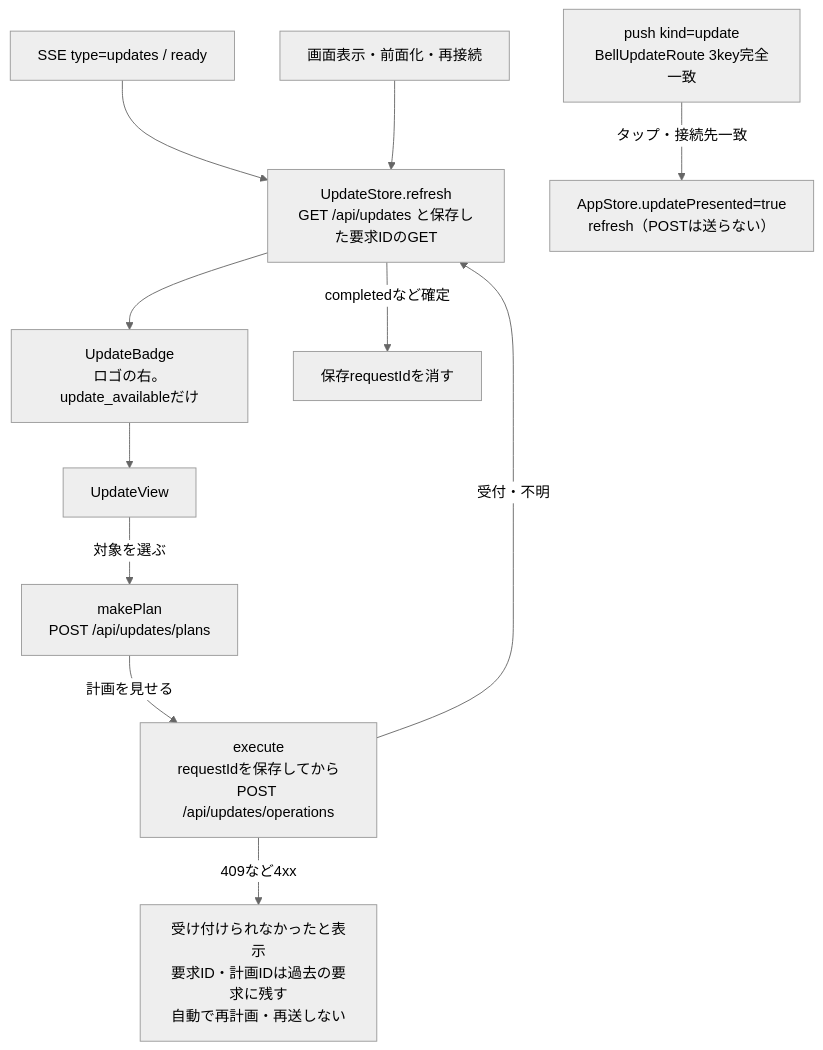
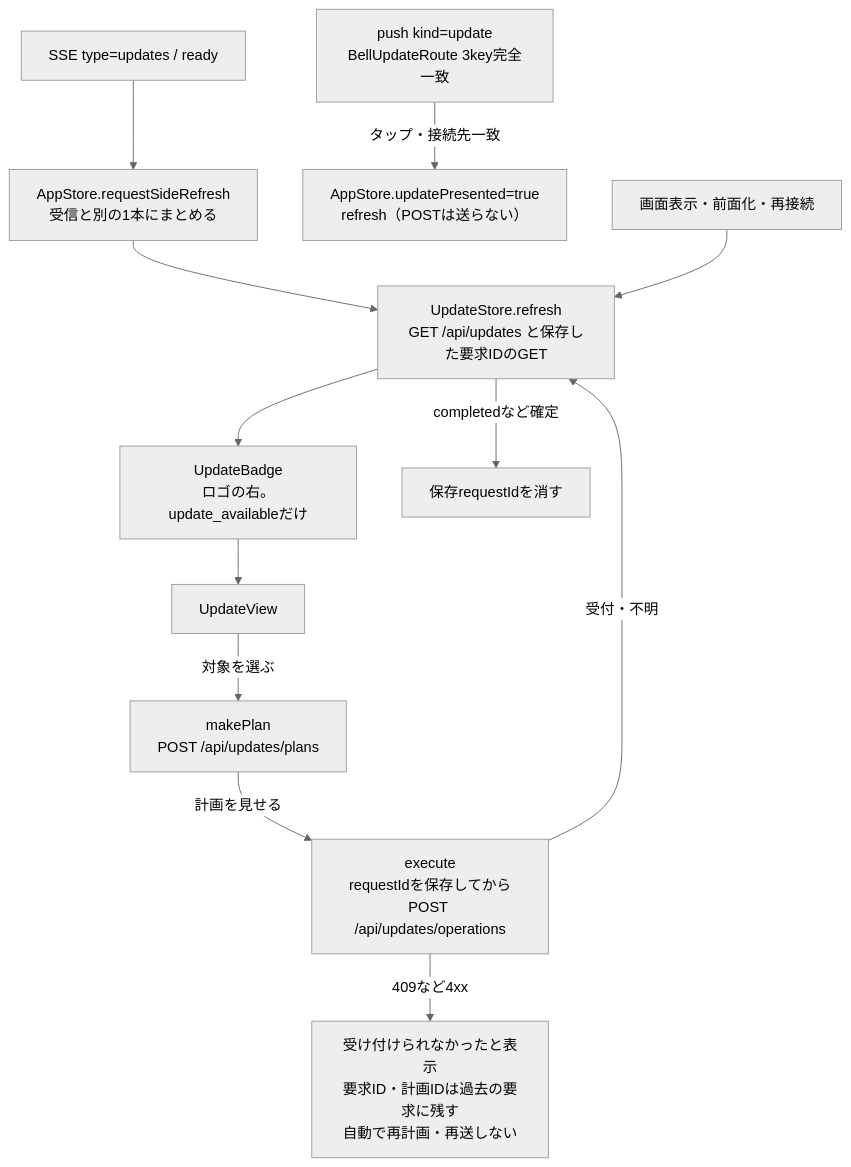
One commit to kitepon/BellTeam changed the diagram in docs/architecture/modules/apple/update.md. Above: the diagram before and after it, drawn with Mermaid (neutral theme). The commit also changed other lines of this file, not shown here.

Commit message:
Align Apple update SSE diagram with the coalesced refresh contract

````diff
--- a/docs/architecture/modules/apple/update.md
+++ b/docs/architecture/modules/apple/update.md
@@ -7,13 +7,14 @@
 ```mermaid
 flowchart TD
-  SSE["SSE type=updates / ready"] --> Refresh["UpdateStore.refresh<br/>GET /api/updates と保存した要求IDのGET"]
+  SSE["SSE type=updates / ready"] --> Side["AppStore.requestSideRefresh<br/>受信と別の1本にまとめる"]
+  Side --> Refresh["UpdateStore.refresh<br/>GET /api/updates と保存した要求IDのGET"]
   Push["push kind=update<br/>BellUpdateRoute 3key完全一致"] -->|"タップ・接続先一致"| Open["AppStore.updatePresented=true<br/>refresh（POSTは送らない）"]
   Scene["画面表示・前面化・再接続"] --> Refresh
   Refresh --> Badge["UpdateBadge<br/>ロゴの右。update_availableだけ"]
   Badge --> View["UpdateView"]
   View -->|"対象を選ぶ"| Plan["makePlan<br/>POST /api/updates/plans"]
   Plan -->|"計画を見せる"| Exec["execute<br/>requestIdを保存してから<br/>POST /api/updates/operations"]
   Exec -->|"受付・不明"| Refresh
   Exec -->|"409など4xx"| Replan["受け付けられなかったと表示<br/>要求ID・計画IDは過去の要求に残す<br/>自動で再計画・再送しない"]
   Refresh -->|"completedなど確定"| Clear["保存requestIdを消す"]
 ```
````
